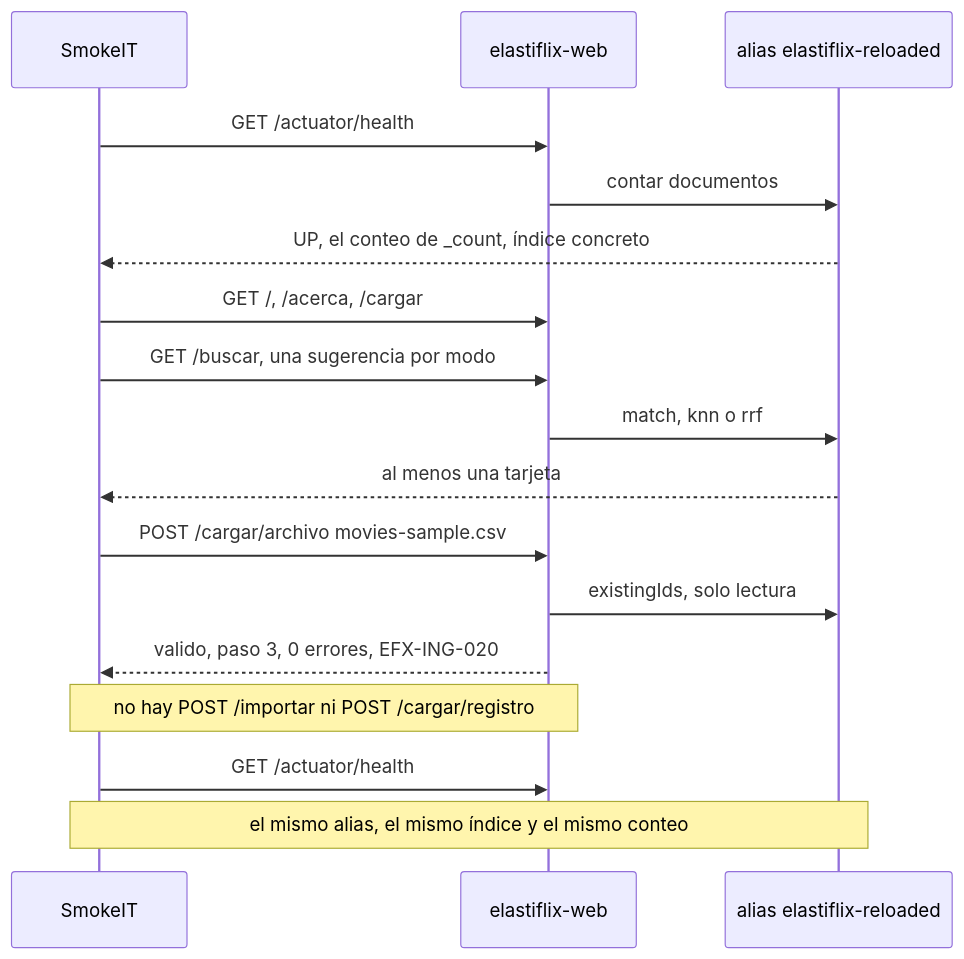
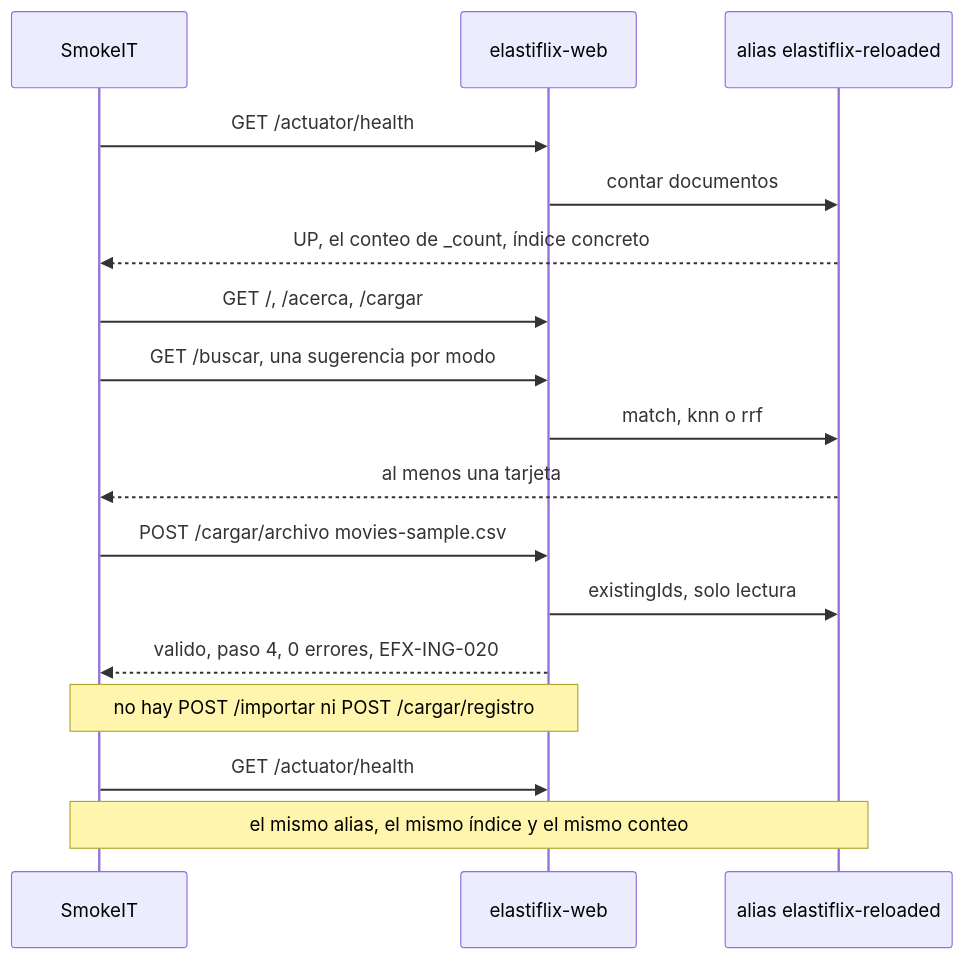
One commit to bigfito/elastiflix-reloaded changed the second of 2 diagrams in docs/diseno/5.md. Above: the diagram before and after it, drawn with Mermaid. The commit also changed other lines of this file and 21 other files, not shown here.

````diff
--- a/docs/diseno/5.md
+++ b/docs/diseno/5.md
@@ -89,19 +84,19 @@
 ```mermaid
 sequenceDiagram
   participant IT as SmokeIT
   participant Web as elastiflix-web
   participant ES as alias elastiflix-reloaded
   IT->>Web: GET /actuator/health
   Web->>ES: contar documentos
   ES-->>IT: UP, el conteo de _count, índice concreto
   IT->>Web: GET /, /acerca, /cargar
   IT->>Web: GET /buscar, una sugerencia por modo
   Web->>ES: match, knn o rrf
   ES-->>IT: al menos una tarjeta
   IT->>Web: POST /cargar/archivo movies-sample.csv
   Web->>ES: existingIds, solo lectura
-  Web-->>IT: valido, paso 3, 0 errores, EFX-ING-020
+  Web-->>IT: valido, paso 4, 0 errores, EFX-ING-020
   Note over IT,Web: no hay POST /importar ni POST /cargar/registro
   IT->>Web: GET /actuator/health
   Note over IT,ES: el mismo alias, el mismo índice y el mismo conteo
 ```
````
